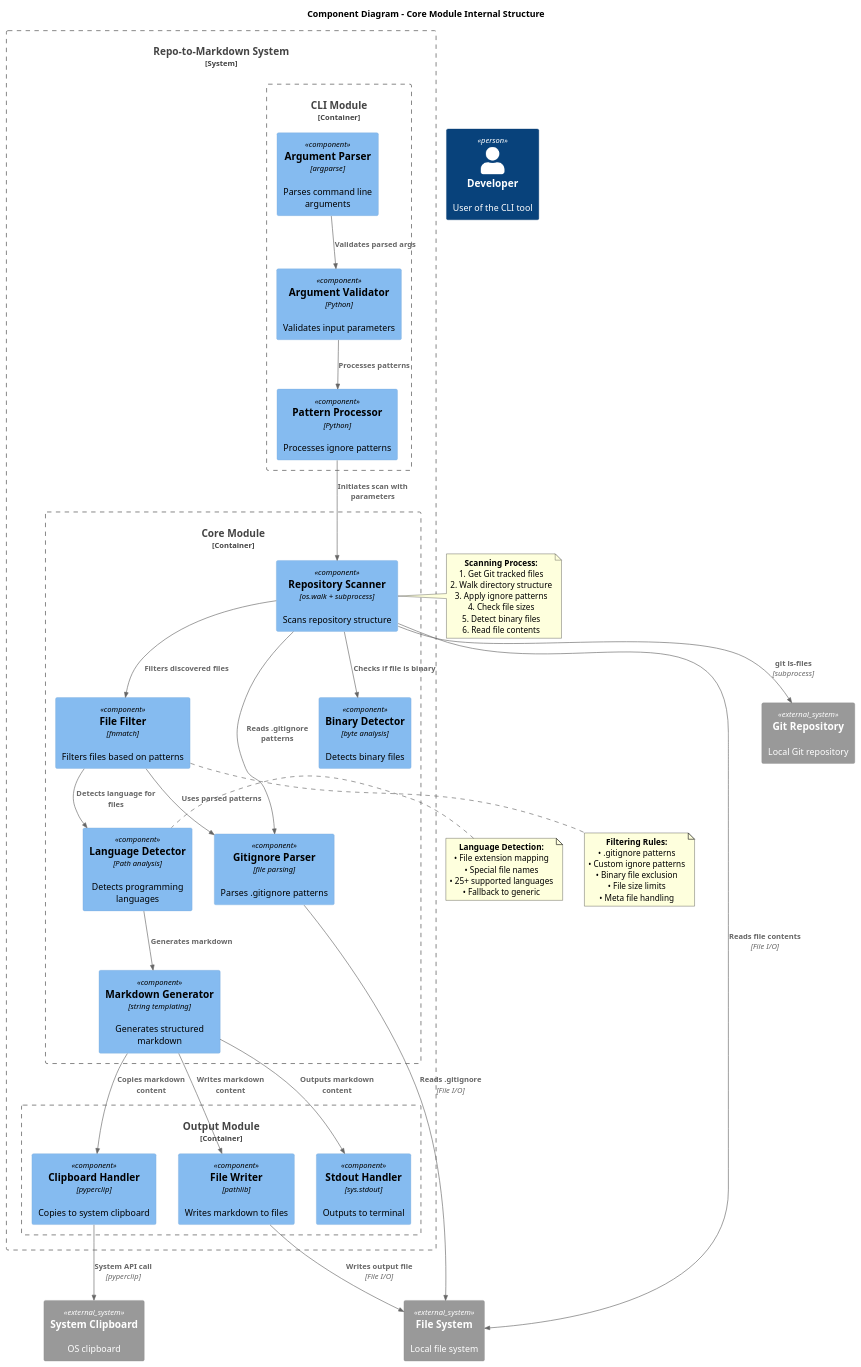
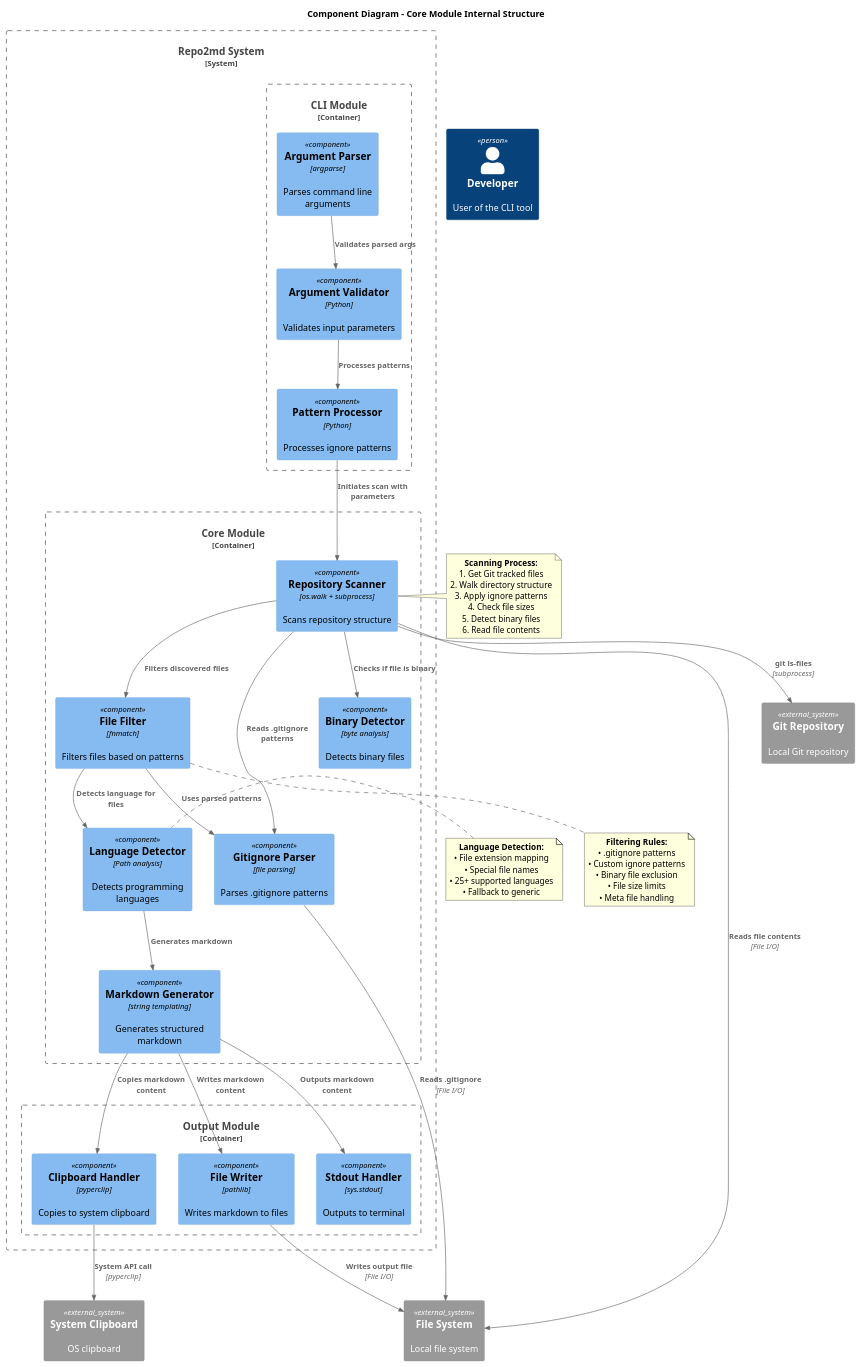
Before and after one commit to georghildebrand/repo2ai: the diagram in docs/architecture/c4/03-component-diagram.puml, drawn with PlantUML. The commit also changed 13 other files, not shown here.

Commit message:
Update from repo-to-markdown to repo2md

```diff
--- a/docs/architecture/c4/03-component-diagram.puml
+++ b/docs/architecture/c4/03-component-diagram.puml
@@ -1,89 +1,89 @@
-@startuml C4_Level3_RepoToMarkdown
+@startuml C4_Level3_repo2md
 !include https://raw.githubusercontent.com/plantuml-stdlib/C4-PlantUML/master/C4_Component.puml
 
 title Component Diagram - Core Module Internal Structure
 
 Person(developer, "Developer", "User of the CLI tool")
 
-System_Boundary(repoToMd, "Repo-to-Markdown System") {
+System_Boundary(repoToMd, "Repo2md System") {
     Container_Boundary(cli, "CLI Module") {
         Component(argparser, "Argument Parser", "argparse", "Parses command line arguments")
         Component(validator, "Argument Validator", "Python", "Validates input parameters")
         Component(processor, "Pattern Processor", "Python", "Processes ignore patterns")
     }
-    
+
     Container_Boundary(core, "Core Module") {
         Component(scanner, "Repository Scanner", "os.walk + subprocess", "Scans repository structure")
         Component(filter, "File Filter", "fnmatch", "Filters files based on patterns")
         Component(detector, "Language Detector", "Path analysis", "Detects programming languages")
         Component(generator, "Markdown Generator", "string templating", "Generates structured markdown")
         Component(gitignore, "Gitignore Parser", "file parsing", "Parses .gitignore patterns")
         Component(binary, "Binary Detector", "byte analysis", "Detects binary files")
     }
-    
+
     Container_Boundary(output, "Output Module") {
         Component(filewriter, "File Writer", "pathlib", "Writes markdown to files")
         Component(clipboard, "Clipboard Handler", "pyperclip", "Copies to system clipboard")
         Component(stdout, "Stdout Handler", "sys.stdout", "Outputs to terminal")
     }
 }
 
 System_Ext(gitRepo, "Git Repository", "Local Git repository")
 System_Ext(fileSystem, "File System", "Local file system")
 System_Ext(systemClipboard, "System Clipboard", "OS clipboard")
 
 ' CLI internal relationships
 Rel(argparser, validator, "Validates parsed args")
 Rel(validator, processor, "Processes patterns")
 
 ' CLI to Core
 Rel(processor, scanner, "Initiates scan with parameters")
 Rel(scanner, filter, "Filters discovered files")
 Rel(filter, detector, "Detects language for files")
 Rel(detector, generator, "Generates markdown")
 
 ' Core internal relationships
 Rel(scanner, gitignore, "Reads .gitignore patterns")
 Rel(scanner, binary, "Checks if file is binary")
 Rel(filter, gitignore, "Uses parsed patterns")
 
 ' Core to Output
 Rel(generator, filewriter, "Writes markdown content")
 Rel(generator, clipboard, "Copies markdown content")
 Rel(generator, stdout, "Outputs markdown content")
 
 ' External interactions
 Rel(scanner, gitRepo, "git ls-files", "subprocess")
 Rel(scanner, fileSystem, "Reads file contents", "File I/O")
 Rel(gitignore, fileSystem, "Reads .gitignore", "File I/O")
 Rel(filewriter, fileSystem, "Writes output file", "File I/O")
 Rel(clipboard, systemClipboard, "System API call", "pyperclip")
 
 note right of scanner
   **Scanning Process:**
   1. Get Git tracked files
   2. Walk directory structure
   3. Apply ignore patterns
   4. Check file sizes
   5. Detect binary files
   6. Read file contents
 end note
 
 note bottom of filter
   **Filtering Rules:**
   • .gitignore patterns
   • Custom ignore patterns
   • Binary file exclusion
   • File size limits
   • Meta file handling
 end note
 
 note left of detector
   **Language Detection:**
   • File extension mapping
   • Special file names
   • 25+ supported languages
   • Fallback to generic
 end note
 
 @enduml
```
